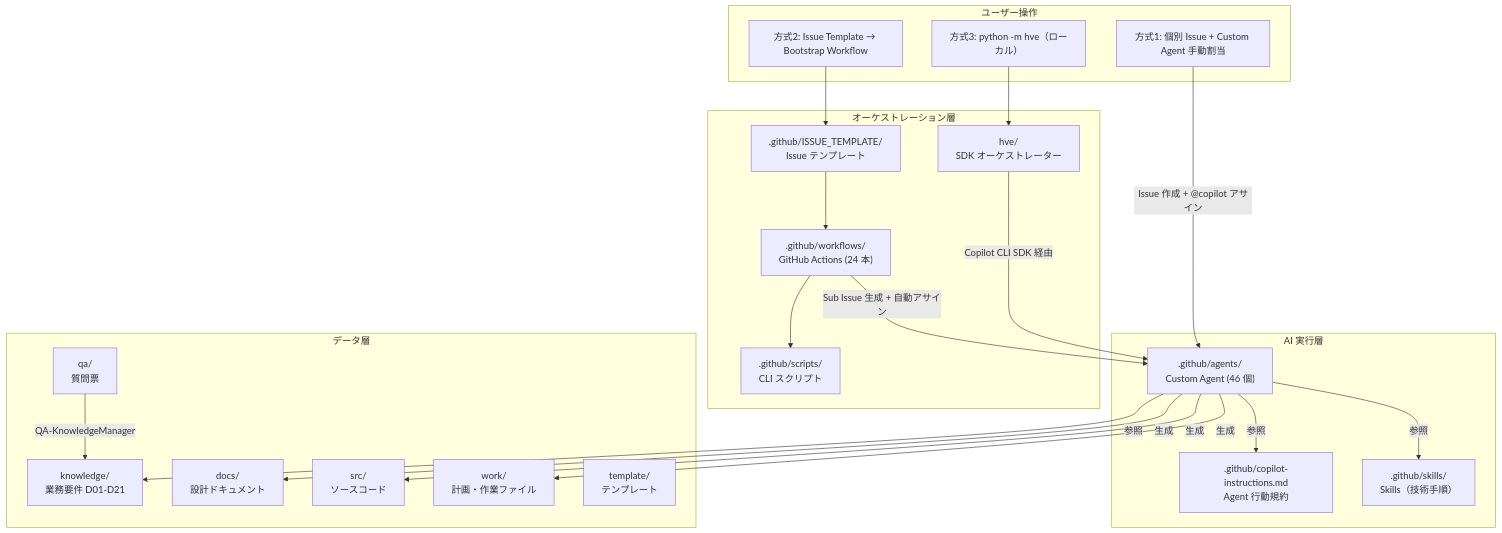
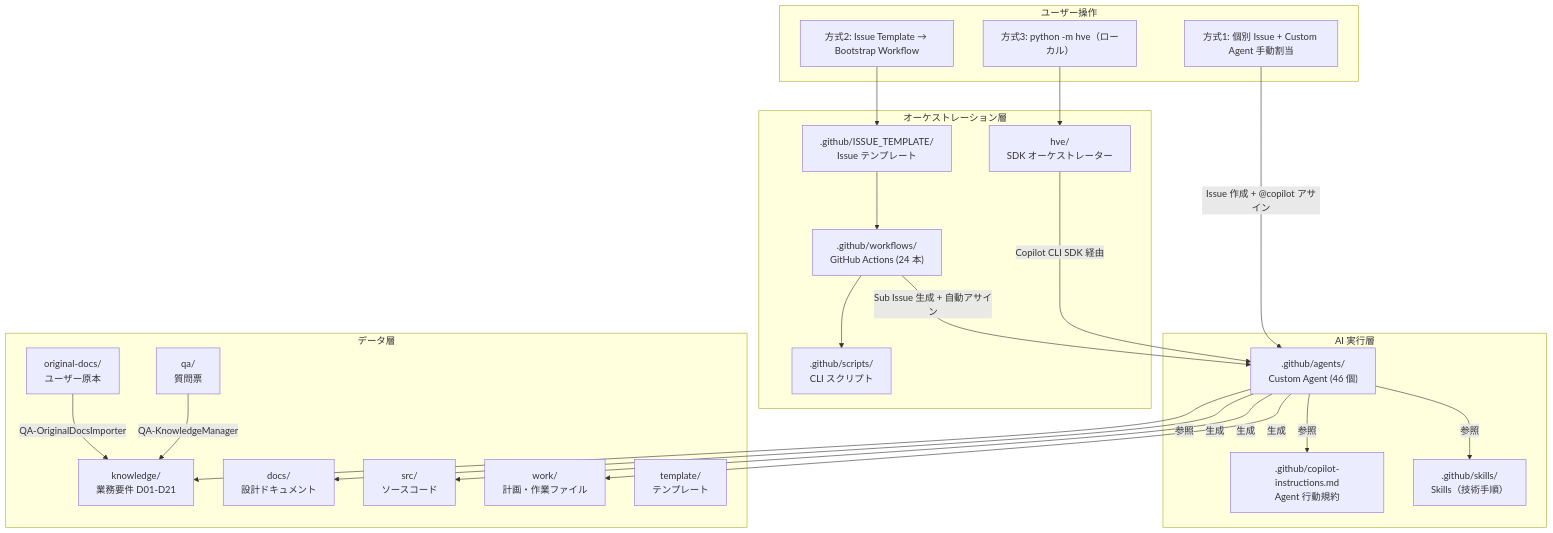
The first of 2 diagrams in users-guide/overview.md (dahatake/HypervelocityEngineering), drawn with Mermaid before and after one commit. The commit also changed other lines of this file and 77 other files, not shown here.

````diff
--- a/users-guide/overview.md
+++ b/users-guide/overview.md
@@ -62,44 +62,46 @@
 ```mermaid
 graph TB
     subgraph "ユーザー操作"
         U1["方式1: 個別 Issue + Custom Agent 手動割当"]
         U2["方式2: Issue Template → Bootstrap Workflow"]
         U3["方式3: python -m hve（ローカル）"]
     end
 
     subgraph "オーケストレーション層"
         IT[".github/ISSUE_TEMPLATE/<br>Issue テンプレート"]
         GHA[".github/workflows/<br>GitHub Actions (24 本)"]
         SCR[".github/scripts/<br>CLI スクリプト"]
         HVE["hve/<br>SDK オーケストレーター"]
     end
 
     subgraph "AI 実行層"
         CI[".github/copilot-instructions.md<br>Agent 行動規約"]
         CA[".github/agents/<br>Custom Agent (46 個)"]
         SK[".github/skills/<br>Skills（技術手順）"]
     end
 
     subgraph "データ層"
+        OD["original-docs/<br>ユーザー原本"]
         QA["qa/<br>質問票"]
         KN["knowledge/<br>業務要件 D01-D21"]
         DOCS["docs/<br>設計ドキュメント"]
         SRC["src/<br>ソースコード"]
         WK["work/<br>計画・作業ファイル"]
         TM["template/<br>テンプレート"]
     end
 
     U1 -->|"Issue 作成 + @copilot アサイン"| CA
     U2 --> IT --> GHA -->|"Sub Issue 生成 + 自動アサイン"| CA
     U3 --> HVE -->|"Copilot CLI SDK 経由"| CA
 
     CA -->|"参照"| CI
     CA -->|"参照"| SK
     CA -->|"参照"| KN
     CA -->|"生成"| DOCS
     CA -->|"生成"| SRC
     CA -->|"生成"| WK
     GHA --> SCR
 
+    OD -->|"QA-OriginalDocsImporter"| KN
     QA -->|"QA-KnowledgeManager"| KN
 ```
````
